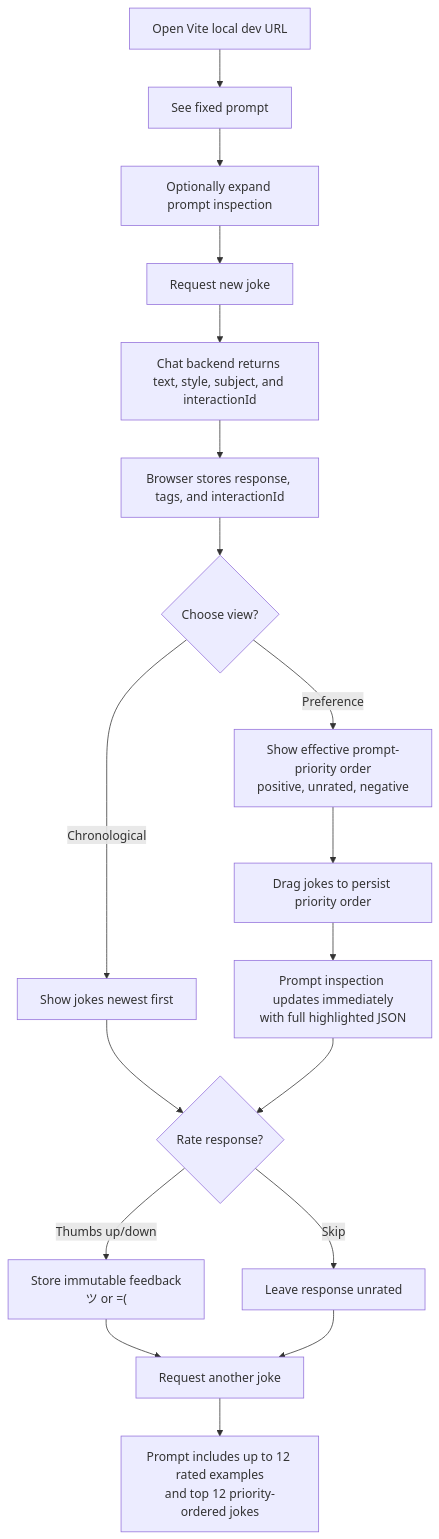
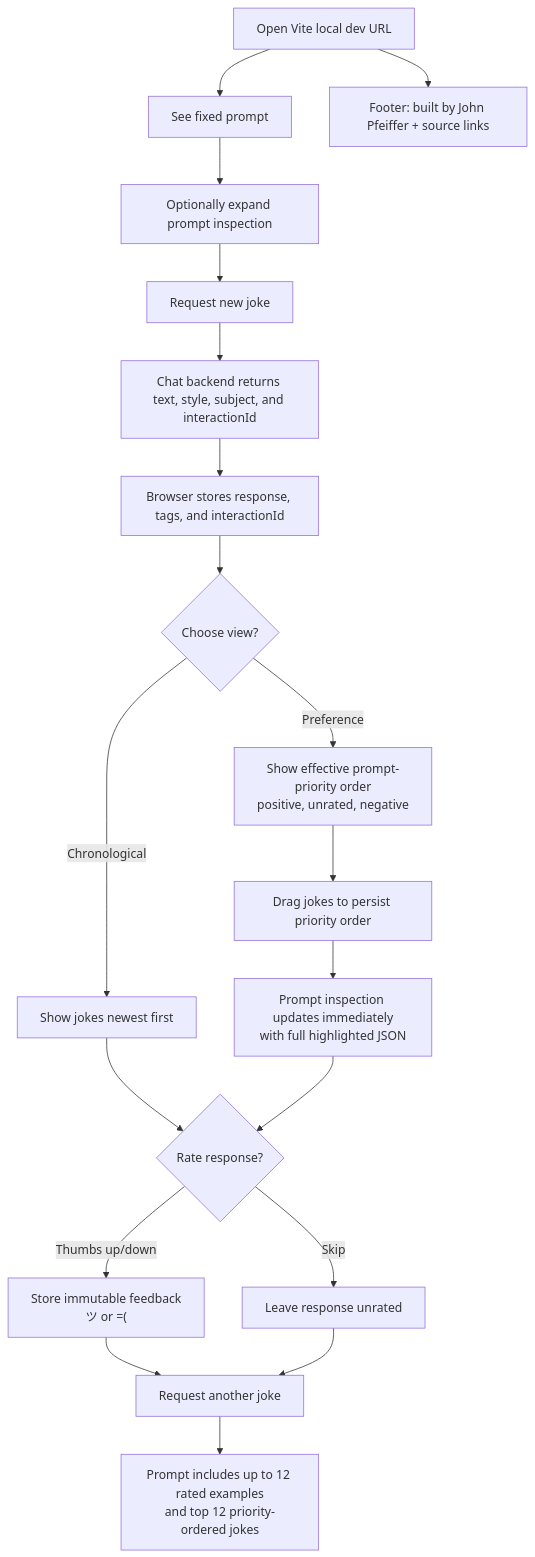
One commit to johnpfeiffer/joker changed the second of 2 diagrams in architecture.md. Above: the diagram before and after it, drawn with Mermaid. The commit also changed other lines of this file and 6 other files, not shown here.

First line of the commit message:
add built-by footer and upgrade MUI to the latest v9

````diff
--- a/architecture.md
+++ b/architecture.md
@@ -22,20 +25,21 @@
 ```mermaid
 flowchart TD
   A["Open Vite local dev URL"] --> B["See fixed prompt"]
+  A --> FOOT["Footer: built by John Pfeiffer + source links"]
   B --> K["Optionally expand prompt inspection"]
   K --> C["Request new joke"]
   C --> D["Chat backend returns text, style, subject, and interactionId"]
   D --> E["Browser stores response, tags, and interactionId"]
   E --> L{"Choose view?"}
   L -->|"Chronological"| M["Show jokes newest first"]
   L -->|"Preference"| N["Show effective prompt-priority order<br/>positive, unrated, negative"]
   N --> O["Drag jokes to persist priority order"]
   O --> P["Prompt inspection updates immediately<br/>with full highlighted JSON"]
   M --> F{"Rate response?"}
   P --> F{"Rate response?"}
   F -->|"Thumbs up/down"| G["Store immutable feedback<br/>ツ or =("]
   F -->|"Skip"| H["Leave response unrated"]
   G --> I["Request another joke"]
   H --> I
   I --> J["Prompt includes up to 12 rated examples<br/>and top 12 priority-ordered jokes"]
 ```
````
